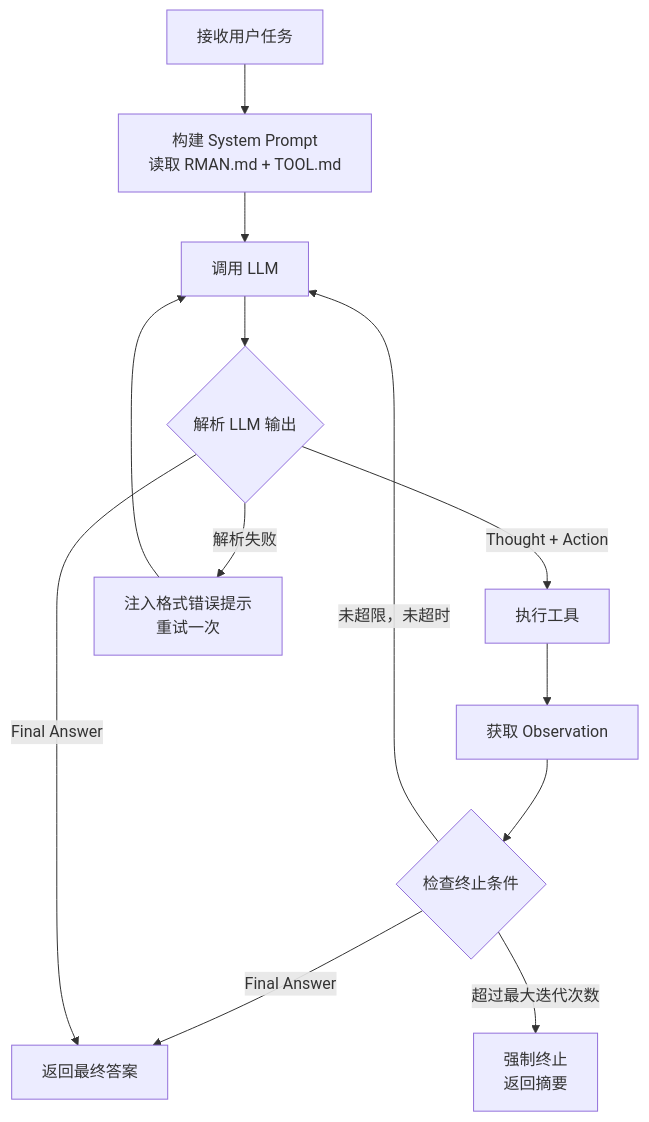
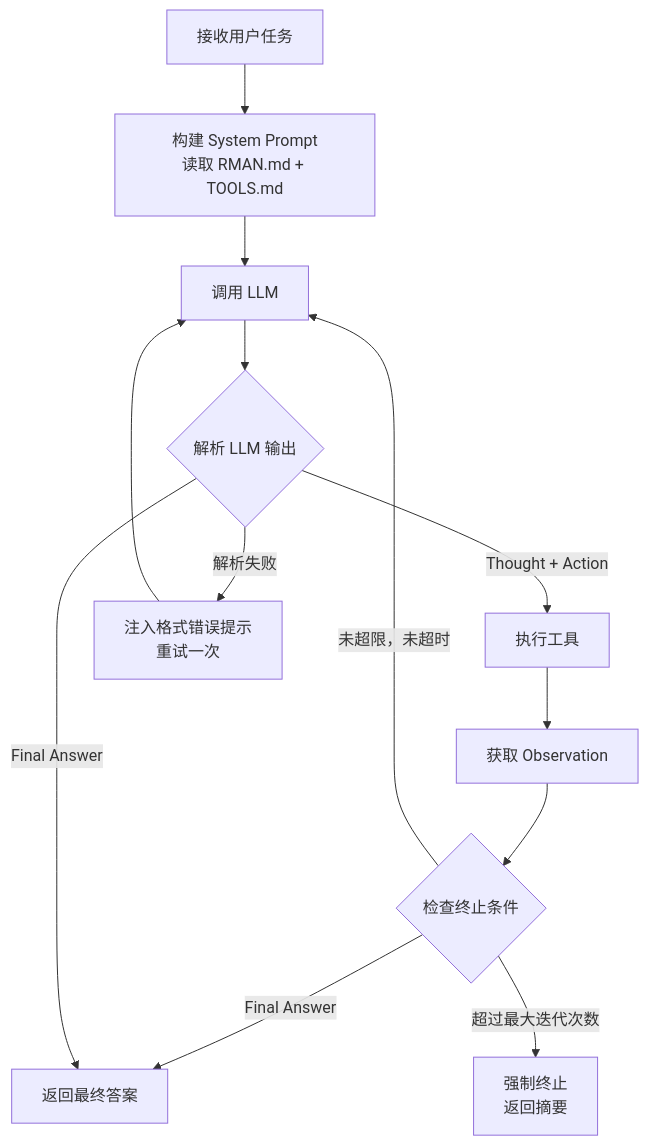
The first of 3 diagrams in docs/requirements/core-agent/REQ-CORE-001.md (zx2015/r_man), drawn with Mermaid before and after one commit. The commit also changed other lines of this file and 39 other files, not shown here.

````diff
--- a/docs/requirements/core-agent/REQ-CORE-001.md
+++ b/docs/requirements/core-agent/REQ-CORE-001.md
@@ -113,15 +123,15 @@
 ```mermaid
 flowchart TD
-    A[接收用户任务] --> B[构建 System Prompt\n读取 RMAN.md + TOOL.md]
+    A[接收用户任务] --> B[构建 System Prompt\n读取 RMAN.md + TOOLS.md]
     B --> C[调用 LLM]
     C --> D{解析 LLM 输出}
     D -- "Thought + Action" --> E[执行工具]
     E --> F[获取 Observation]
     F --> G{检查终止条件}
     G -- "未超限，未超时" --> C
     G -- "Final Answer" --> H[返回最终答案]
     G -- "超过最大迭代次数" --> I[强制终止\n返回摘要]
     D -- "Final Answer" --> H
     D -- "解析失败" --> J[注入格式错误提示\n重试一次]
     J --> C
 ```
````
